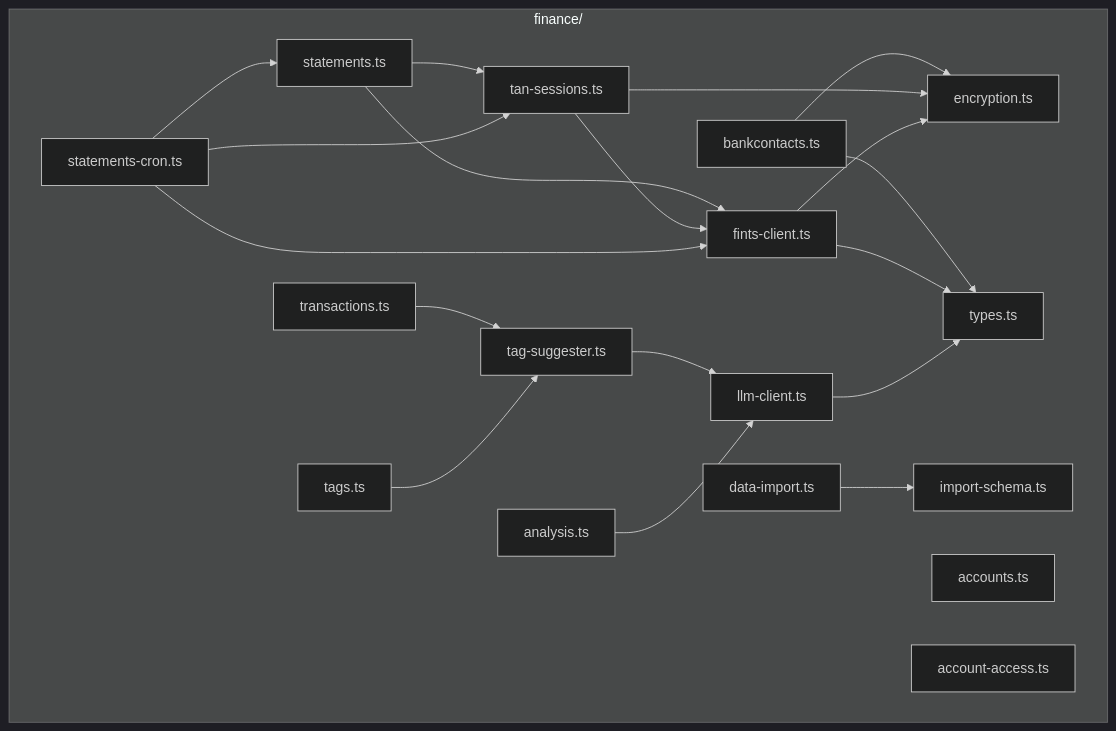
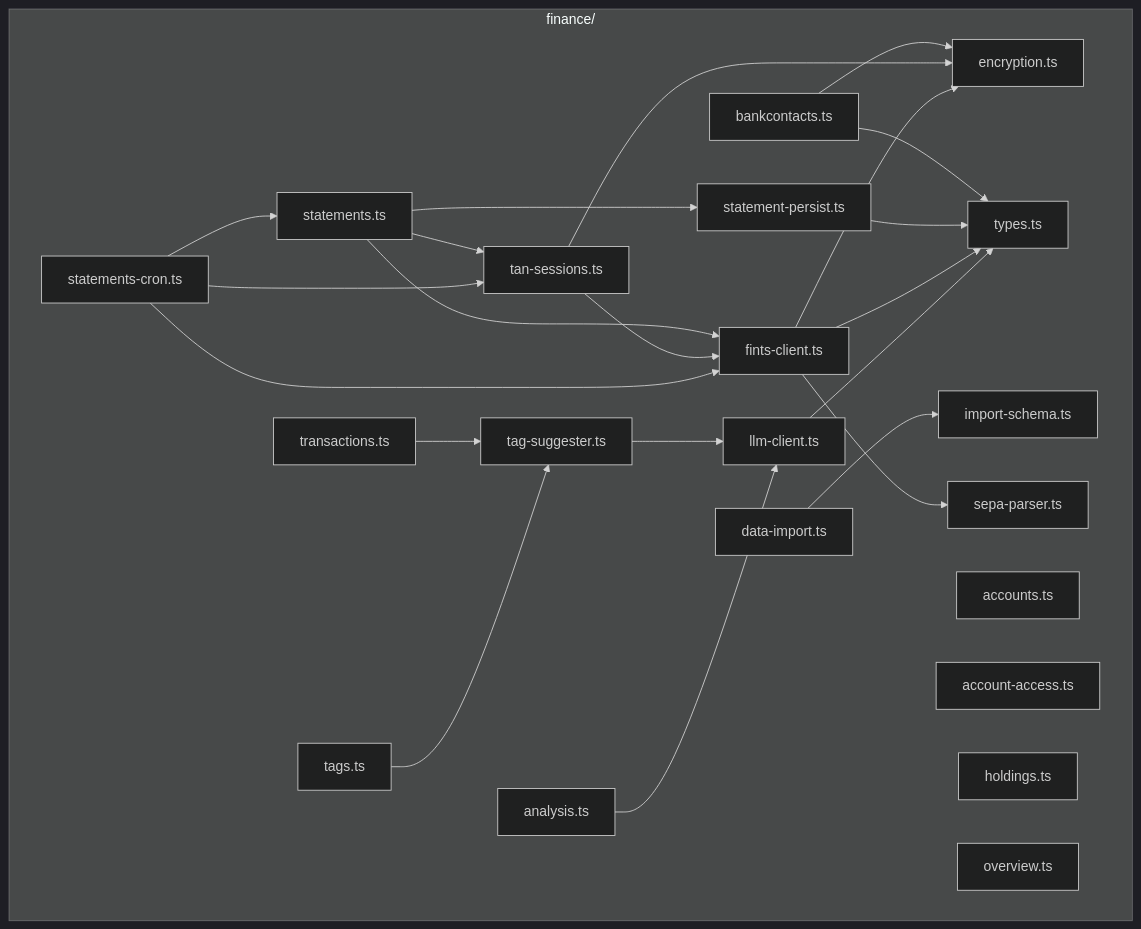
The diagram in docs/finance-service-layout.md (as19git67/fk-encore), drawn with Mermaid (dark theme) before and after one commit. The commit also changed other lines of this file and 4 other files, not shown here.

````diff
--- a/docs/finance-service-layout.md
+++ b/docs/finance-service-layout.md
@@ -107,40 +132,47 @@
 ```mermaid
 graph TD
   subgraph finance/
     BC[bankcontacts.ts]
     AC[accounts.ts]
     AA[account-access.ts]
     ST[statements.ts]
+    SP[statement-persist.ts]
     TS[tan-sessions.ts]
     TX[transactions.ts]
     TG[tags.ts]
     AN[analysis.ts]
     DI[data-import.ts]
     CR[statements-cron.ts]
+    HO[holdings.ts]
+    OV[overview.ts]
+    SE[sepa-parser.ts]
 
     FC[fints-client.ts]
     EN[encryption.ts]
     LC[llm-client.ts]
     SU[tag-suggester.ts]
     IS[import-schema.ts]
     TY[types.ts]
   end
 
   BC --> EN
   BC --> TY
   ST --> FC
   ST --> TS
+  ST --> SP
+  SP --> TY
   TS --> FC
   TS --> EN
   CR --> FC
   CR --> ST
   CR --> TS
   TX --> SU
   SU --> LC
   TG --> SU
   AN --> LC
   DI --> IS
   FC --> EN
   FC --> TY
+  FC --> SE
   LC --> TY
 ```
````
